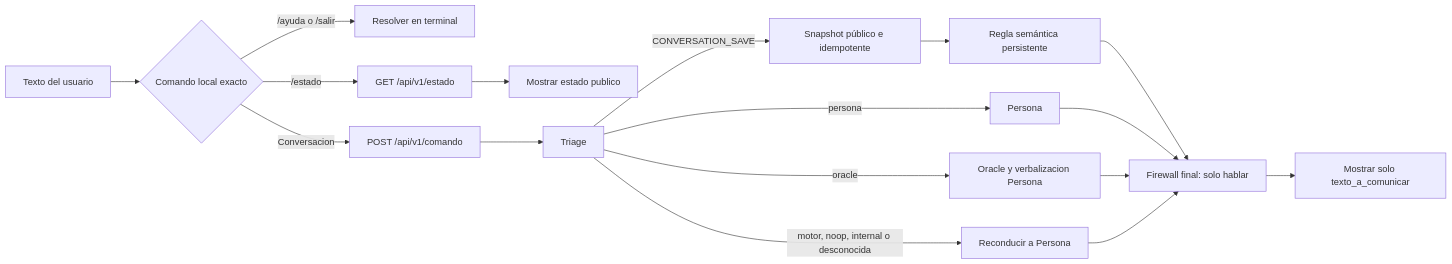
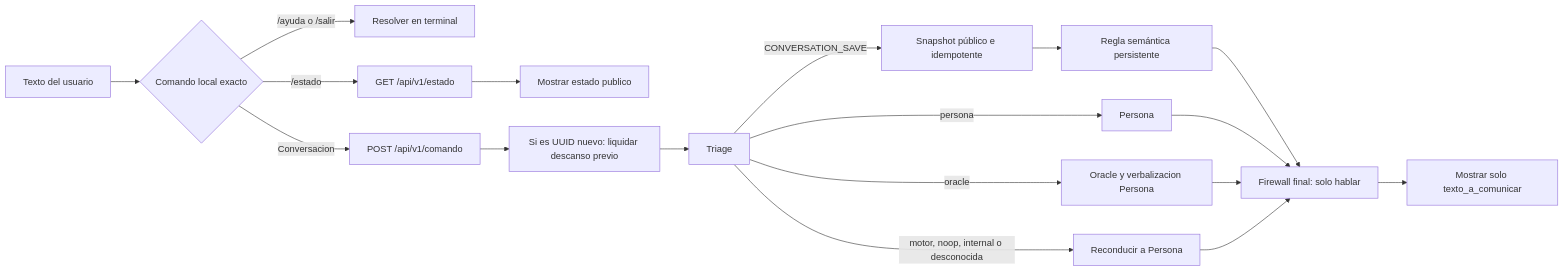
One commit to Genrex-code/Lazzaro changed the fifth of 5 diagrams in docs/arquitectura_completa_lazzaro.md. Above: the diagram before and after it, drawn with Mermaid. The commit also changed other lines of this file and 30 other files, not shown here.

````diff
--- a/docs/arquitectura_completa_lazzaro.md
+++ b/docs/arquitectura_completa_lazzaro.md
@@ -501,19 +506,20 @@
 ```mermaid
 flowchart LR
     INPUT["Texto del usuario"] --> LOCAL{"Comando local exacto"}
     LOCAL -->|"/ayuda o /salir"| CLIENT["Resolver en terminal"]
     LOCAL -->|"/estado"| STATE["GET /api/v1/estado"]
     STATE --> SNAPSHOT["Mostrar estado publico"]
     LOCAL -->|"Conversacion"| API["POST /api/v1/comando"]
-    API --> TRIAGE["Triage"]
+    API --> WAKE["Si es UUID nuevo: liquidar descanso previo"]
+    WAKE --> TRIAGE["Triage"]
     TRIAGE -->|"CONVERSATION_SAVE"| SAVE["Snapshot público e idempotente"]
     SAVE --> SEM["Regla semántica persistente"]
     SEM --> GUARD
     TRIAGE -->|"persona"| PERSONA["Persona"]
     TRIAGE -->|"oracle"| ORACLE["Oracle y verbalizacion Persona"]
     TRIAGE -->|"motor, noop, internal o desconocida"| REROUTE["Reconducir a Persona"]
     PERSONA --> GUARD["Firewall final: solo hablar"]
     ORACLE --> GUARD
     REROUTE --> GUARD
     GUARD --> PUBLIC["Mostrar solo texto_a_comunicar"]
 ```
````
